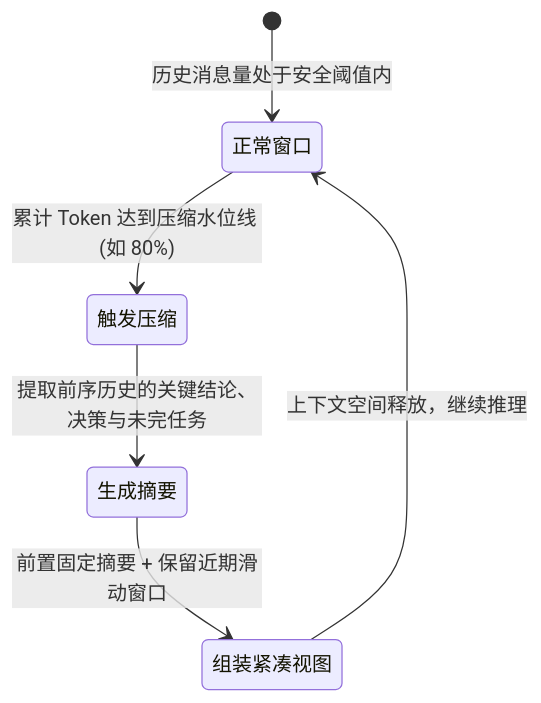
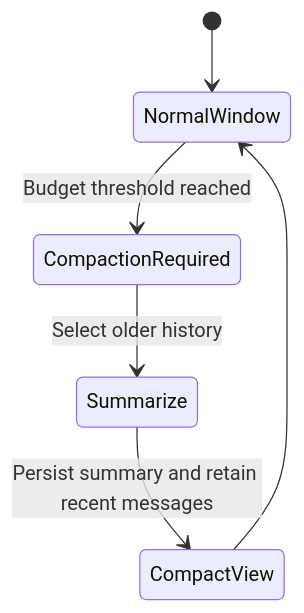
One commit to num-lab/Ruukoto changed the first of 2 diagrams in docs/modules/agent-context.md. Above: the diagram before and after it, drawn with Mermaid. The commit also changed other lines of this file and 3987 other files, not shown here.

````diff
--- a/docs/modules/agent-context.md
+++ b/docs/modules/agent-context.md
@@ -34,8 +25,8 @@
 ```mermaid
 stateDiagram-v2
-  [*] --> 正常窗口: 历史消息量处于安全阈值内
-  正常窗口 --> 触发压缩: 累计 Token 达到压缩水位线 (如 80%)
-  触发压缩 --> 生成摘要: 提取前序历史的关键结论、决策与未完任务
-  生成摘要 --> 组装紧凑视图: 前置固定摘要 + 保留近期滑动窗口
-  组装紧凑视图 --> 正常窗口: 上下文空间释放，继续推理
+  [*] --> NormalWindow
+  NormalWindow --> CompactionRequired: Budget threshold reached
+  CompactionRequired --> Summarize: Select older history
+  Summarize --> CompactView: Persist summary and retain recent messages
+  CompactView --> NormalWindow
 ```
````
